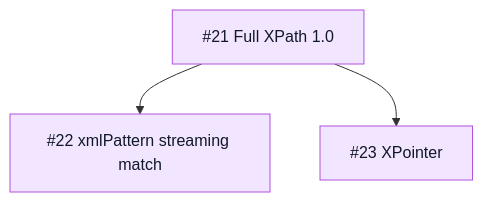
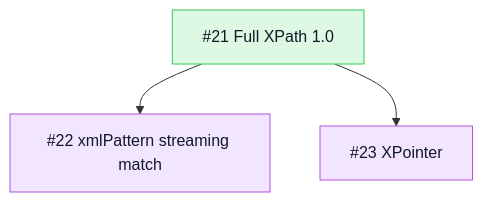
The third of 5 diagrams in README.md (mihaelamj/PureXML), drawn with Mermaid before and after one commit. The commit also changed 4 other files, not shown here.

````diff
--- a/README.md
+++ b/README.md
@@ -86,12 +86,12 @@
 ```mermaid
 flowchart TB
   classDef done fill:#ddf9e4,stroke:#34c759,color:#111827
   classDef review fill:#fff7d6,stroke:#ffcc00,color:#111827
   classDef epic fill:#f2e5ff,stroke:#af52de,color:#111827
   classDef todo fill:#f2f4f7,stroke:#8e8e93,color:#111827
-  XPathFull["#21 Full XPath 1.0"]:::epic
+  XPathFull["#21 Full XPath 1.0"]:::done
   Pattern["#22 xmlPattern streaming match"]:::epic
   XPointer["#23 XPointer"]:::epic
   XPathFull --> Pattern
   XPathFull --> XPointer
 ```
````
